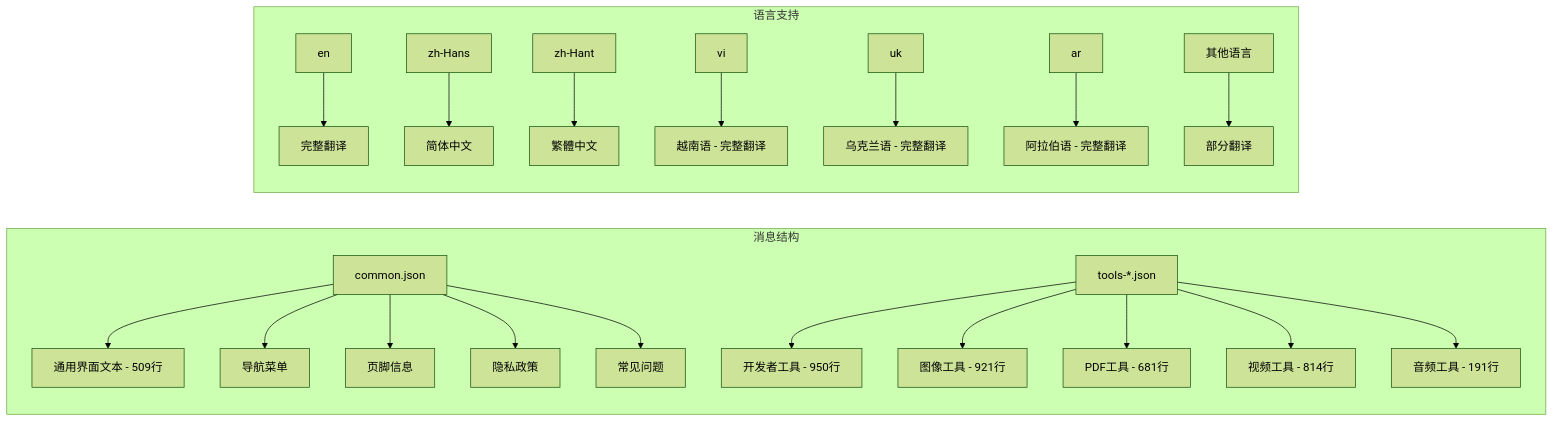
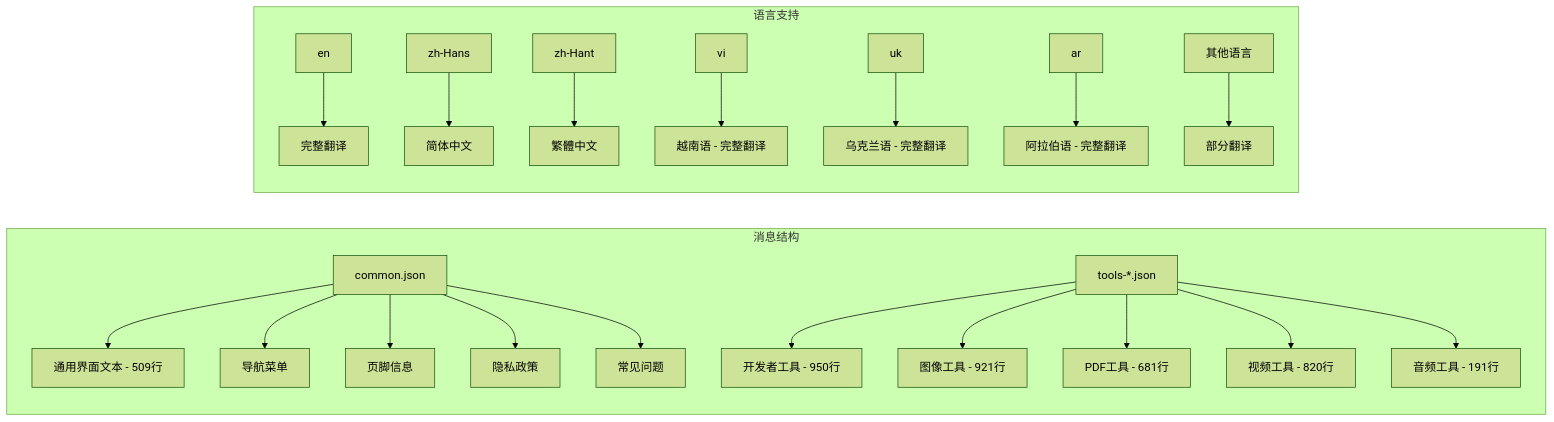
Before and after one commit to sgyy/privadeck: the fifth of 13 diagrams in .qoder/repowiki/zh/content/技术架构/国际化系统.md, drawn with Mermaid (forest theme). The commit also changed other lines of this file and 2 other files, not shown here.

````diff
--- a/.qoder/repowiki/zh/content/技术架构/国际化系统.md
+++ b/.qoder/repowiki/zh/content/技术架构/国际化系统.md
@@ -365,24 +366,24 @@
 ```mermaid
 graph LR
 subgraph "消息结构"
 A[common.json] --> A1[通用界面文本 - 509行]
 A --> A2[导航菜单]
 A --> A3[页脚信息]
 A --> A4[隐私政策]
 A --> A5[常见问题]
 B[tools-*.json] --> B1[开发者工具 - 950行]
 B --> B2[图像工具 - 921行]
 B --> B3[PDF工具 - 681行]
-B --> B4[视频工具 - 814行]
+B --> B4[视频工具 - 820行]
 B --> B5[音频工具 - 191行]
 end
 subgraph "语言支持"
 C[en] --> C1[完整翻译]
 D[zh-Hans] --> D1[简体中文]
 E[zh-Hant] --> E1[繁體中文]
 F[vi] --> F1[越南语 - 完整翻译]
 G[uk] --> G1[乌克兰语 - 完整翻译]
 H[ar] --> H1[阿拉伯语 - 完整翻译]
 I[其他语言] --> I1[部分翻译]
 end
 ```
````
